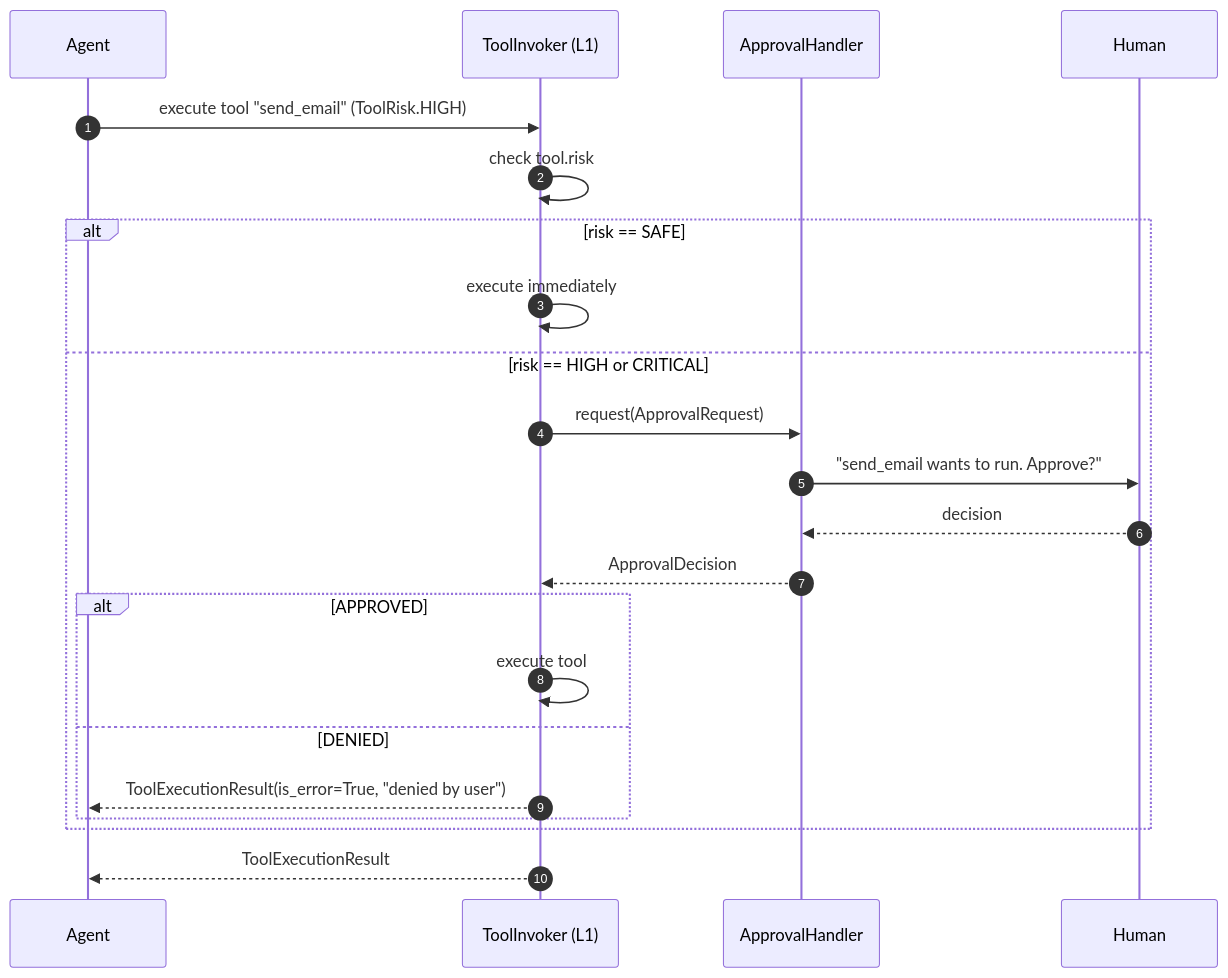
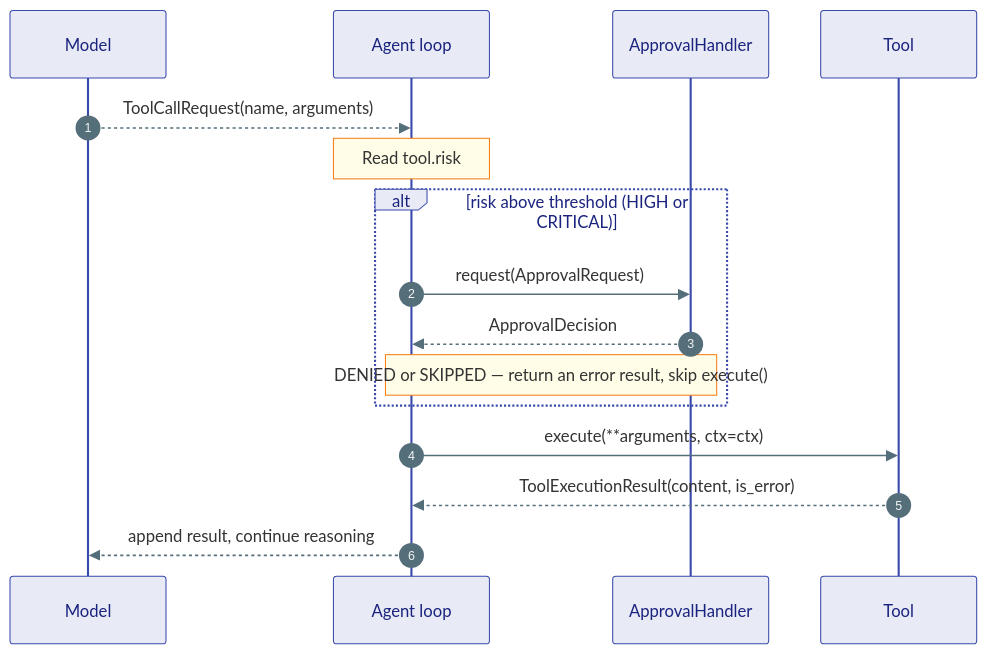
Before and after one commit to Ravikumarchavva/agent-substrate: the third of 4 diagrams in agents/agent-substrate/docs/kernel/04-tools.md, drawn with Mermaid. The commit also changed other lines of this file and 139 other files, not shown here.

First line of the commit message:
Add in-memory graph and vector stores for local development and testing

````diff
--- a/agents/agent-substrate/docs/kernel/04-tools.md
+++ b/agents/agent-substrate/docs/kernel/04-tools.md
@@ -49,28 +301,20 @@
 ```mermaid
+%%{init: {'theme': 'base', 'themeVariables': {'actorBkg': '#E8EAF6','actorBorder': '#3949AB','actorTextColor': '#1A237E','signalColor': '#546E7A','noteBkgColor': '#FFFDE7','noteBorderColor': '#F57F17','fontSize': '12px'}}}%%
 sequenceDiagram
     autonumber
-    participant Agent
-    participant Invoker as ToolInvoker (L1)
-    participant Handler as ApprovalHandler
-    participant Human
+    participant LLM as Model
+    participant A as Agent loop
+    participant H as ApprovalHandler
+    participant T as Tool
 
-    Agent->>Invoker: execute tool "send_email" (ToolRisk.HIGH)
-    Invoker->>Invoker: check tool.risk
-
-    alt risk == SAFE
-        Invoker->>Invoker: execute immediately
-    else risk == HIGH or CRITICAL
-        Invoker->>Handler: request(ApprovalRequest)
-        Handler->>Human: "send_email wants to run. Approve?"
-        Human-->>Handler: decision
-        Handler-->>Invoker: ApprovalDecision
-
-        alt APPROVED
-            Invoker->>Invoker: execute tool
-        else DENIED
-            Invoker-->>Agent: ToolExecutionResult(is_error=True, "denied by user")
-        end
+    LLM-->>A: ToolCallRequest(name, arguments)
+    Note over A: Read tool.risk
+    alt risk above threshold (HIGH or CRITICAL)
+        A->>H: request(ApprovalRequest)
+        H-->>A: ApprovalDecision
+        Note over A,H: DENIED or SKIPPED — return an error result, skip execute()
     end
-
-    Invoker-->>Agent: ToolExecutionResult
+    A->>T: execute(**arguments, ctx=ctx)
+    T-->>A: ToolExecutionResult(content, is_error)
+    A-->>LLM: append result, continue reasoning
 ```
````
